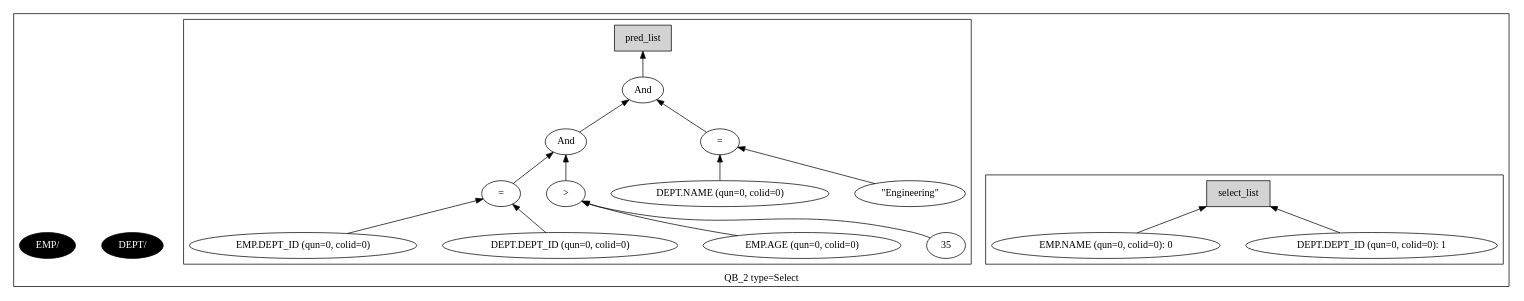
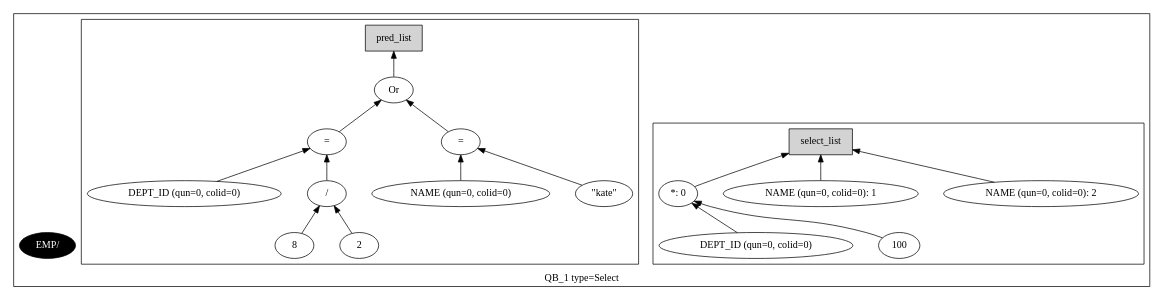
One commit to adarshpannu/kona changed the diagram in qgm_raw.dot. Above: the diagram before and after it, drawn with Graphviz. The commit also changed 21 other files, not shown here.

```diff
--- a/qgm_raw.dot
+++ b/qgm_raw.dot
@@ -1,42 +1,43 @@
 digraph example1 {
     rankdir=BT;
     nodesep=0.5;
     ordering="in";
-  subgraph cluster_QB_2 {
-    "QB_2_selectlist"[label="select_list",shape=box,style=filled];
-  subgraph cluster_select_listQB_2 {
-    exprnodeNodeId1v1[label="EMP.NAME (qun=0, colid=0): 0"];
-    exprnodeNodeId1v1 -> "QB_2_selectlist";
-    exprnodeNodeId2v1[label="DEPT.DEPT_ID (qun=0, colid=0): 1"];
-    exprnodeNodeId2v1 -> "QB_2_selectlist";
+  subgraph cluster_QB_1 {
+    "QB_1_selectlist"[label="select_list",shape=box,style=filled];
+  subgraph cluster_select_listQB_1 {
+    exprnodeNodeId3v1[label="*: 0"];
+    exprnodeNodeId1v1 -> exprnodeNodeId3v1;
+    exprnodeNodeId1v1[label="DEPT_ID (qun=0, colid=0)"];
+    exprnodeNodeId2v1 -> exprnodeNodeId3v1;
+    exprnodeNodeId2v1[label="100"];
+    exprnodeNodeId3v1 -> "QB_1_selectlist";
+    exprnodeNodeId4v1[label="NAME (qun=0, colid=0): 1"];
+    exprnodeNodeId4v1 -> "QB_1_selectlist";
+    exprnodeNodeId5v1[label="NAME (qun=0, colid=0): 2"];
+    exprnodeNodeId5v1 -> "QB_1_selectlist";
 }
-    "QUN_1"[label="DEPT/ ", fillcolor=black, fontcolor=white, style=filled]
     "QUN_0"[label="EMP/ ", fillcolor=black, fontcolor=white, style=filled]
-  subgraph cluster_pred_listQB_2 {
-    exprnodeNodeId13v1[label="And"];
-    exprnodeNodeId9v1 -> exprnodeNodeId13v1;
-    exprnodeNodeId9v1[label="And"];
-    exprnodeNodeId5v1 -> exprnodeNodeId9v1;
-    exprnodeNodeId5v1[label="="];
-    exprnodeNodeId3v1 -> exprnodeNodeId5v1;
-    exprnodeNodeId3v1[label="EMP.DEPT_ID (qun=0, colid=0)"];
-    exprnodeNodeId4v1 -> exprnodeNodeId5v1;
-    exprnodeNodeId4v1[label="DEPT.DEPT_ID (qun=0, colid=0)"];
+  subgraph cluster_pred_listQB_1 {
+    exprnodeNodeId14v1[label="Or"];
+    exprnodeNodeId10v1 -> exprnodeNodeId14v1;
+    exprnodeNodeId10v1[label="="];
+    exprnodeNodeId6v1 -> exprnodeNodeId10v1;
+    exprnodeNodeId6v1[label="DEPT_ID (qun=0, colid=0)"];
+    exprnodeNodeId9v1 -> exprnodeNodeId10v1;
+    exprnodeNodeId9v1[label="/"];
+    exprnodeNodeId7v1 -> exprnodeNodeId9v1;
+    exprnodeNodeId7v1[label="8"];
     exprnodeNodeId8v1 -> exprnodeNodeId9v1;
-    exprnodeNodeId8v1[label=">"];
-    exprnodeNodeId6v1 -> exprnodeNodeId8v1;
-    exprnodeNodeId6v1[label="EMP.AGE (qun=0, colid=0)"];
-    exprnodeNodeId7v1 -> exprnodeNodeId8v1;
-    exprnodeNodeId7v1[label="35"];
+    exprnodeNodeId8v1[label="2"];
+    exprnodeNodeId13v1 -> exprnodeNodeId14v1;
+    exprnodeNodeId13v1[label="="];
+    exprnodeNodeId11v1 -> exprnodeNodeId13v1;
+    exprnodeNodeId11v1[label="NAME (qun=0, colid=0)"];
     exprnodeNodeId12v1 -> exprnodeNodeId13v1;
-    exprnodeNodeId12v1[label="="];
-    exprnodeNodeId10v1 -> exprnodeNodeId12v1;
-    exprnodeNodeId10v1[label="DEPT.NAME (qun=0, colid=0)"];
-    exprnodeNodeId11v1 -> exprnodeNodeId12v1;
-    exprnodeNodeId11v1[label="\"Engineering\""];
-    exprnodeNodeId13v1 -> QB_2_pred_list;
-    "QB_2_pred_list"[label="pred_list",shape=box,style=filled];
+    exprnodeNodeId12v1[label="\"kate\""];
+    exprnodeNodeId14v1 -> QB_1_pred_list;
+    "QB_1_pred_list"[label="pred_list",shape=box,style=filled];
 }
-    label = "QB_2 type=Select";
+    label = "QB_1 type=Select";
 }
 }
```
